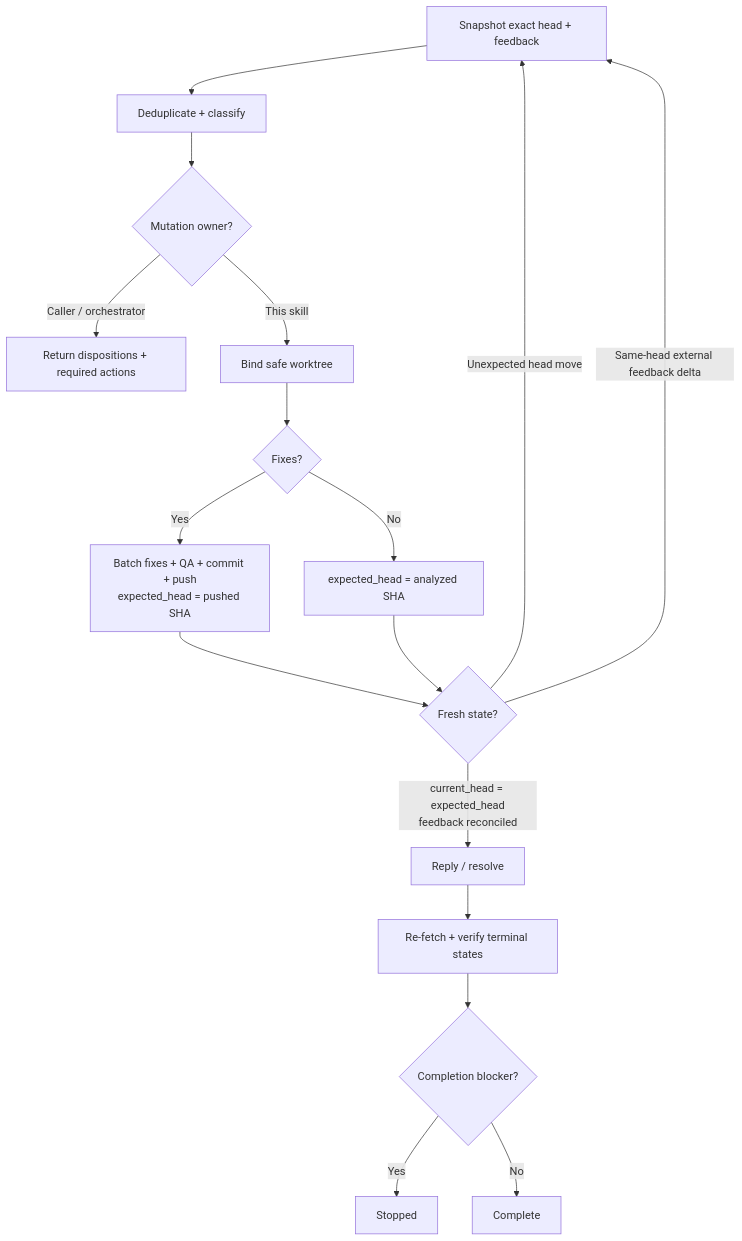
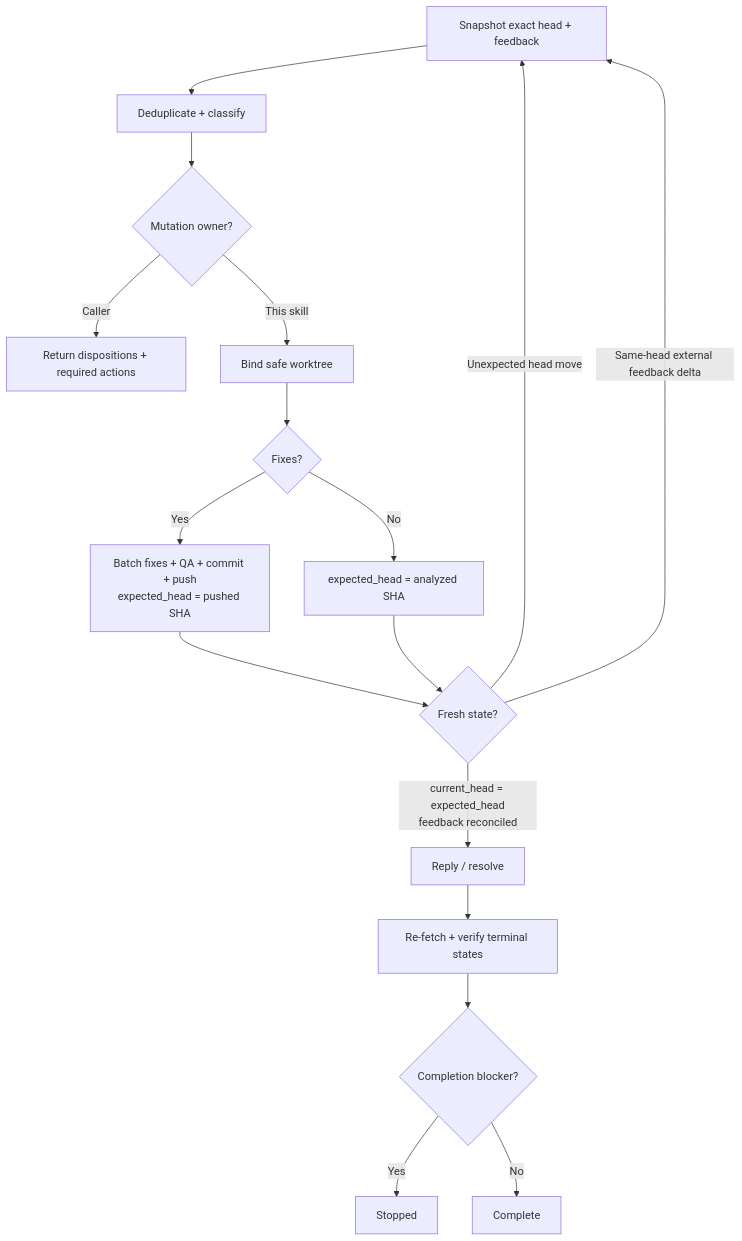
Before and after one commit to dceoy/ai-coding-agent-skills: the diagram in skills/pr-feedback-triage/SKILL.md, drawn with Mermaid. The commit also changed other lines of this file, not shown here.

````diff
--- a/skills/pr-feedback-triage/SKILL.md
+++ b/skills/pr-feedback-triage/SKILL.md
@@ -39,19 +39,19 @@
 ```mermaid
 flowchart TD
   A[Snapshot exact head + feedback] --> B[Deduplicate + classify]
   B --> C{Mutation owner?}
-  C -->|Caller / orchestrator| D[Return dispositions + required actions]
+  C -->|Caller| D[Return dispositions + required actions]
   C -->|This skill| E[Bind safe worktree]
   E --> F{Fixes?}
   F -->|Yes| G[Batch fixes + QA + commit + push\nexpected_head = pushed SHA]
   F -->|No| H[expected_head = analyzed SHA]
   G --> I{Fresh state?}
   H --> I
   I -->|Unexpected head move| A
   I -->|Same-head external feedback delta| A
   I -->|current_head = expected_head\nfeedback reconciled| J[Reply / resolve]
   J --> K[Re-fetch + verify terminal states]
   K --> L{Completion blocker?}
   L -->|Yes| M[Stopped]
   L -->|No| N[Complete]
 ```
````
